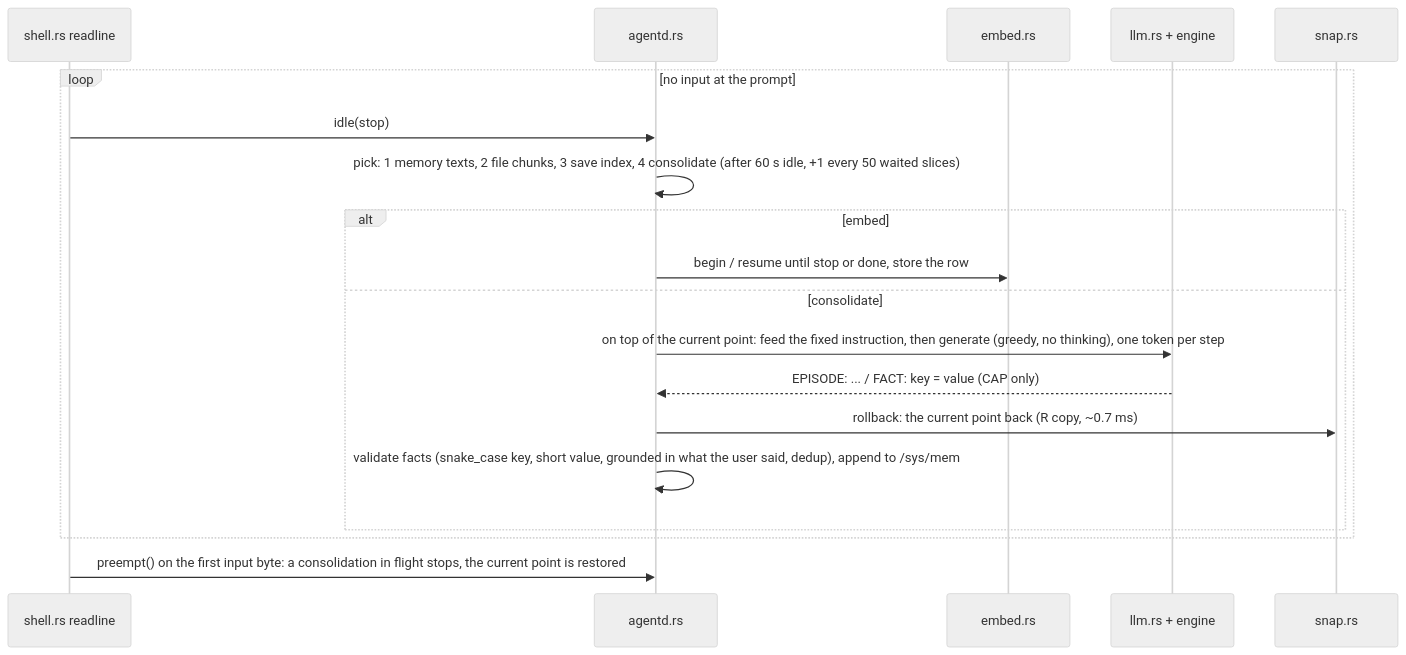
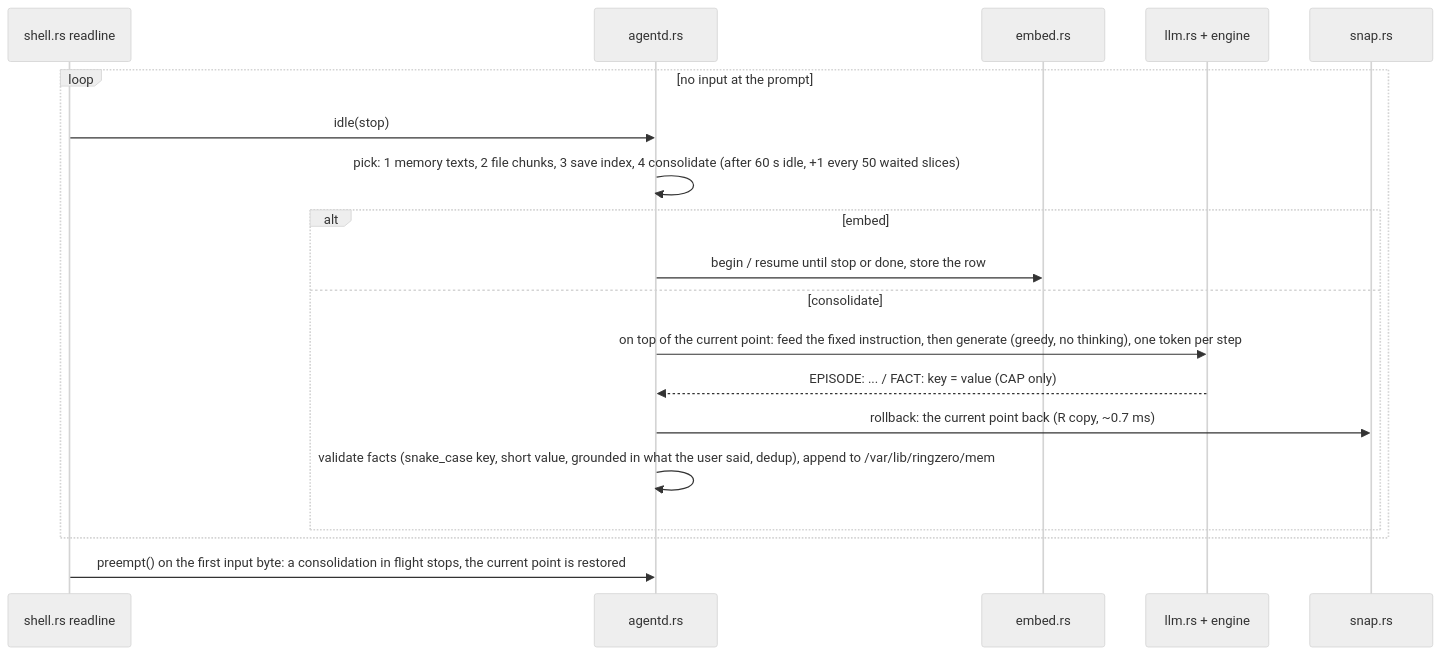
The fourth of 5 diagrams in docs/ARCHITECTURE.md (tcsenpai/ringzero), drawn with Mermaid (neutral theme) before and after one commit. The commit also changed other lines of this file and 9 other files, not shown here.

Commit message:
docs: Unix file tree and /var/lib/ringzero on every surface, T55 results

````diff
--- a/docs/ARCHITECTURE.md
+++ b/docs/ARCHITECTURE.md
@@ -241,21 +255,21 @@
 ```mermaid
 sequenceDiagram
     participant S as shell.rs readline
     participant D as agentd.rs
     participant E as embed.rs
     participant L as llm.rs + engine
     participant P as snap.rs
     loop no input at the prompt
         S->>D: idle(stop)
         D->>D: pick: 1 memory texts, 2 file chunks, 3 save index, 4 consolidate (after 60 s idle, +1 every 50 waited slices)
         alt embed
             D->>E: begin / resume until stop or done, store the row
         else consolidate
             D->>L: on top of the current point: feed the fixed instruction, then generate (greedy, no thinking), one token per step
             L-->>D: EPISODE: ... / FACT: key = value (CAP only)
             D->>P: rollback: the current point back (R copy, ~0.7 ms)
-            D->>D: validate facts (snake_case key, short value, grounded in what the user said, dedup), append to /sys/mem
+            D->>D: validate facts (snake_case key, short value, grounded in what the user said, dedup), append to /var/lib/ringzero/mem
         end
     end
     S->>D: preempt() on the first input byte: a consolidation in flight stops, the current point is restored
 ```
````
